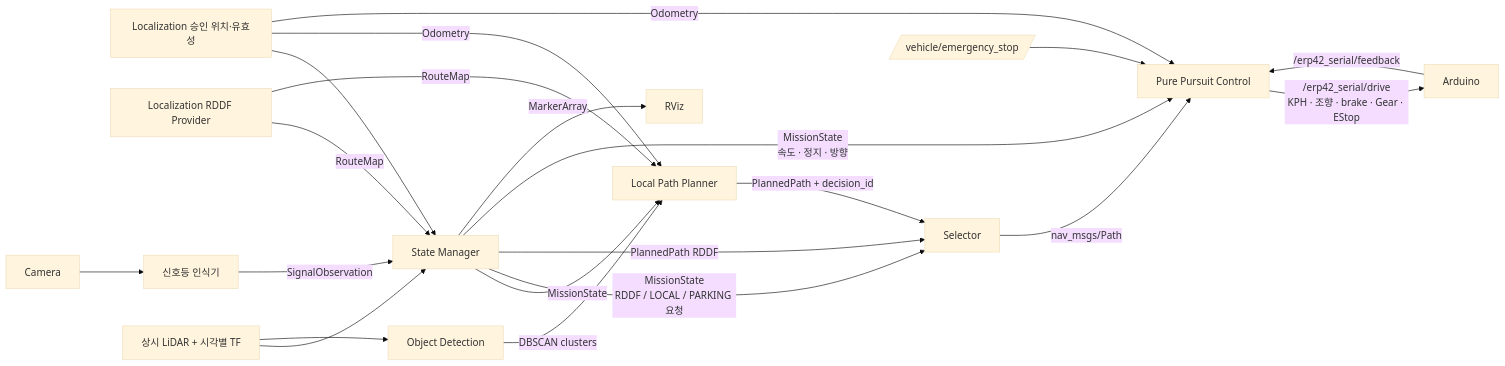
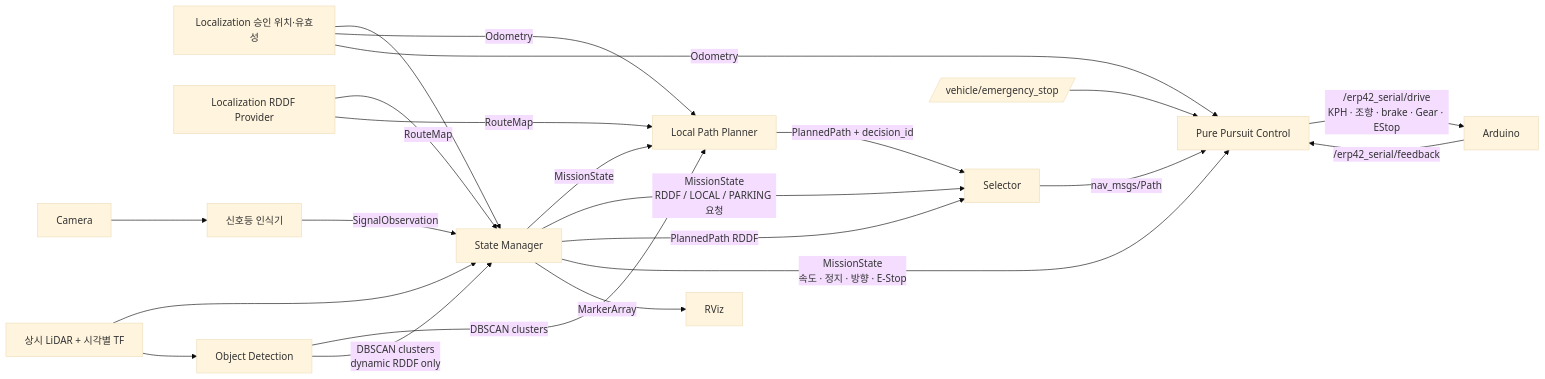
Before and after one commit to Team-Stier/HL-FMA-1-5-2026: the diagram in src/state_manager/README.md, drawn with Mermaid (base theme). The commit also changed other lines of this file and 13 other files, not shown here.

Commit message:
feat: stop for dynamic obstacles on RDDF

````diff
--- a/src/state_manager/README.md
+++ b/src/state_manager/README.md
@@ -18,23 +18,24 @@
 ```mermaid
 flowchart LR
   L[Localization 승인 위치·유효성] --> S[State Manager]
   R[Localization RDDF Provider] -->|RouteMap| S
   C[Camera] --> T[신호등 인식기]
   T -->|SignalObservation| S
   D[상시 LiDAR + 시각별 TF] --> S
   D --> O[Object Detection]
   O -->|DBSCAN clusters| P[Local Path Planner]
+  O -->|DBSCAN clusters<br/>dynamic RDDF only| S
   L -->|Odometry| P
   R -->|RouteMap| P
   S -->|MissionState| P
   S -->|MissionState<br/>RDDF / LOCAL / PARKING 요청| X[Selector]
   S -->|PlannedPath RDDF| X
   P -->|PlannedPath + decision_id| X
   X -->|nav_msgs/Path| PP[Pure Pursuit Control]
   L -->|Odometry| PP
-  S -->|MissionState<br/>속도 · 정지 · 방향| PP
+  S -->|MissionState<br/>속도 · 정지 · 방향 · E-Stop| PP
   E[/vehicle/emergency_stop/] --> PP
   PP -->|/erp42_serial/drive<br/>KPH · 조향 · brake · Gear · EStop| A[Arduino]
   A -->|/erp42_serial/feedback| PP
   S -->|MarkerArray| Z[RViz]
 ```
````
